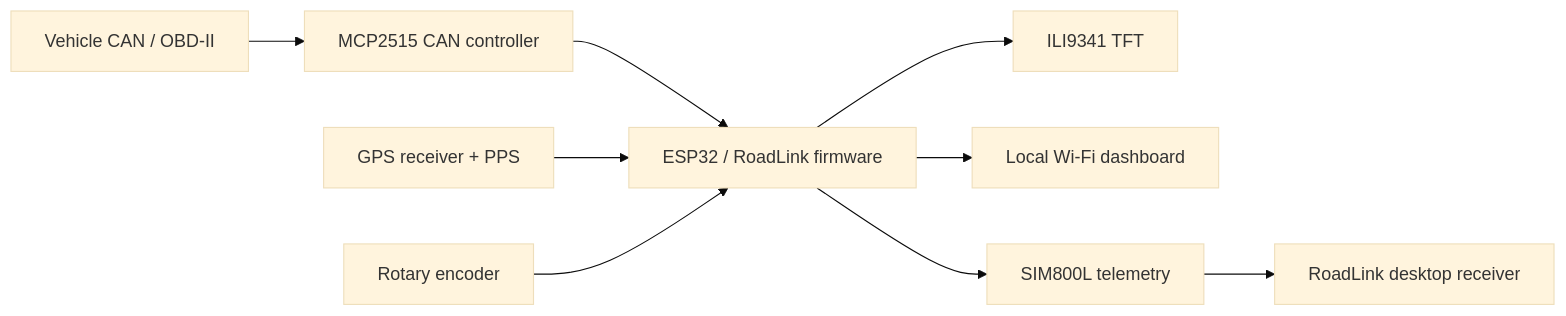
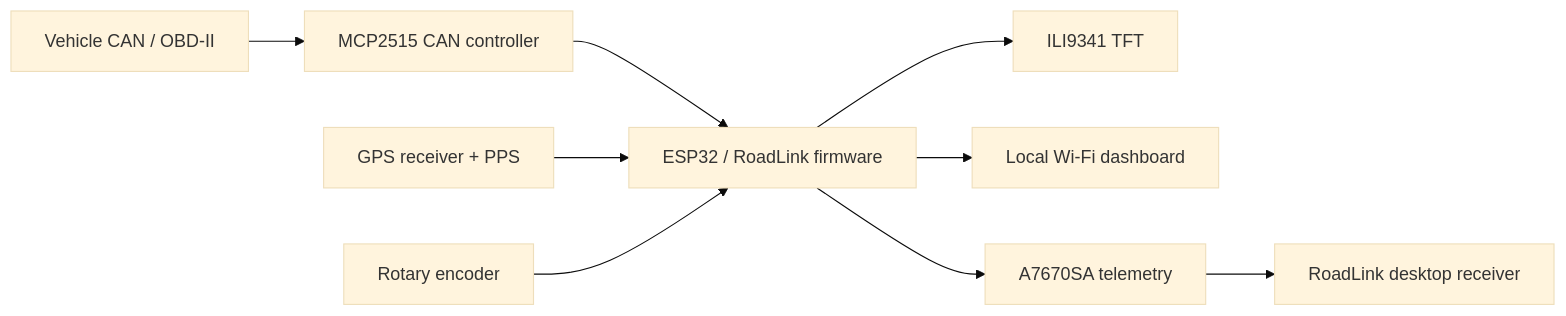
Before and after one commit to RodBot9999/roderic-systems-roadlink: the diagram in README.md, drawn with Mermaid (base theme). The commit also changed other lines of this file and 44 other files, not shown here.

````diff
--- a/README.md
+++ b/README.md
@@ -71,11 +70,11 @@
 ```mermaid
 flowchart LR
     Vehicle["Vehicle CAN / OBD-II"] --> CAN["MCP2515 CAN controller"]
     CAN --> ESP["ESP32 / RoadLink firmware"]
     GPS["GPS receiver + PPS"] --> ESP
     Encoder["Rotary encoder"] --> ESP
     ESP --> TFT["ILI9341 TFT"]
     ESP --> Web["Local Wi-Fi dashboard"]
-    ESP --> SIM["SIM800L telemetry"]
+    ESP --> SIM["A7670SA telemetry"]
     SIM --> Receiver["RoadLink desktop receiver"]
 ```
````
